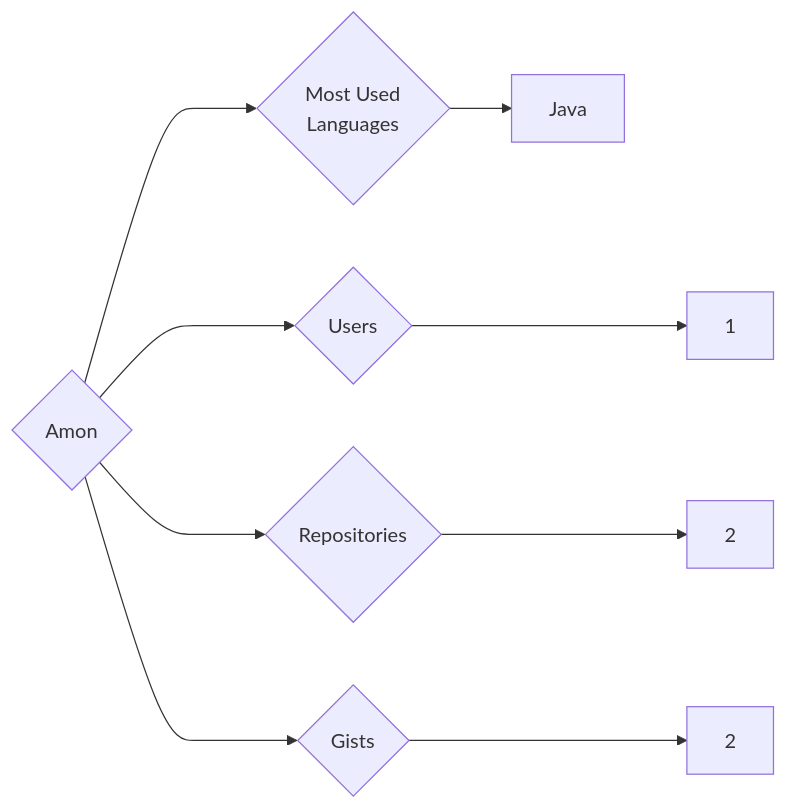
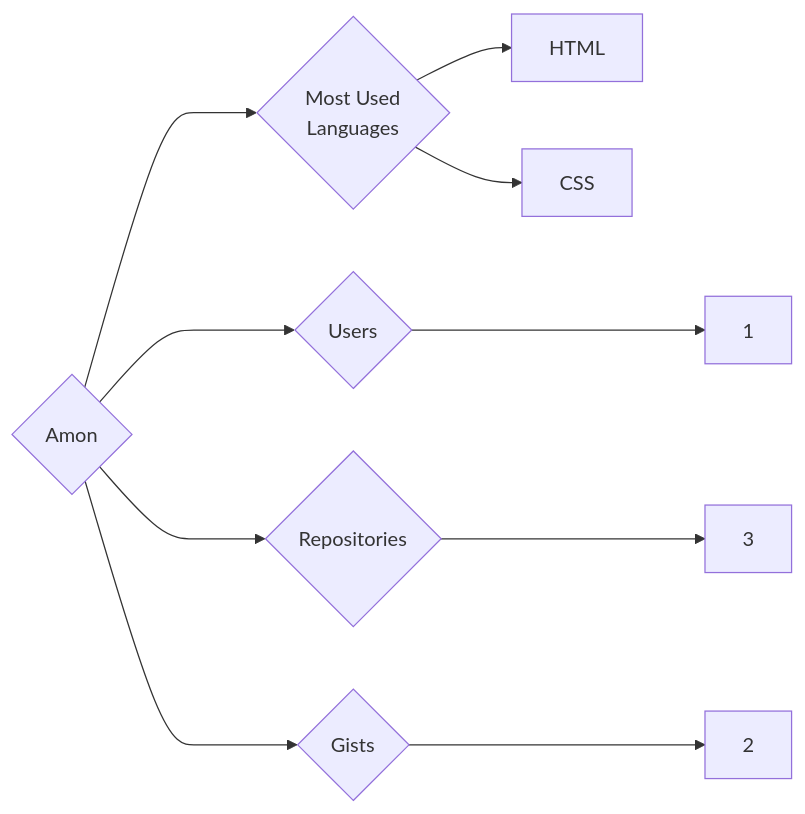
One commit to trickest/insiders changed the diagram in targets/Amon/README.md. Above: the diagram before and after it, drawn with Mermaid. The commit also changed 895 other files, not shown here.

````diff
--- a/targets/Amon/README.md
+++ b/targets/Amon/README.md
@@ -3,9 +3,10 @@
 ```mermaid
 graph LR
 COMPANY_NAME{Amon}
 COMPANY_NAME ---> U{Users} ---> UN[1]
-COMPANY_NAME ---> R{Repositories} ---> RN[2]
+COMPANY_NAME ---> R{Repositories} ---> RN[3]
 COMPANY_NAME ---> G{Gists} ---> GN[2]
 COMPANY_NAME ---> ML{Most Used<br>Languages}
-ML --> Java[Java]
+ML --> HTML[HTML]
+ML --> CSS[CSS]
 ```
````
